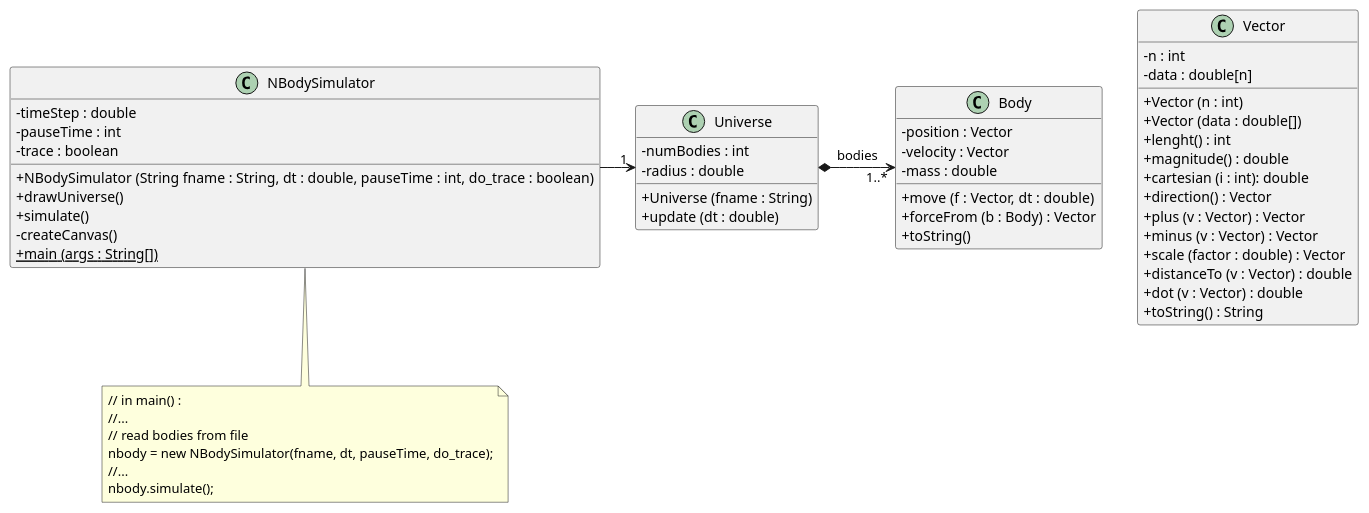
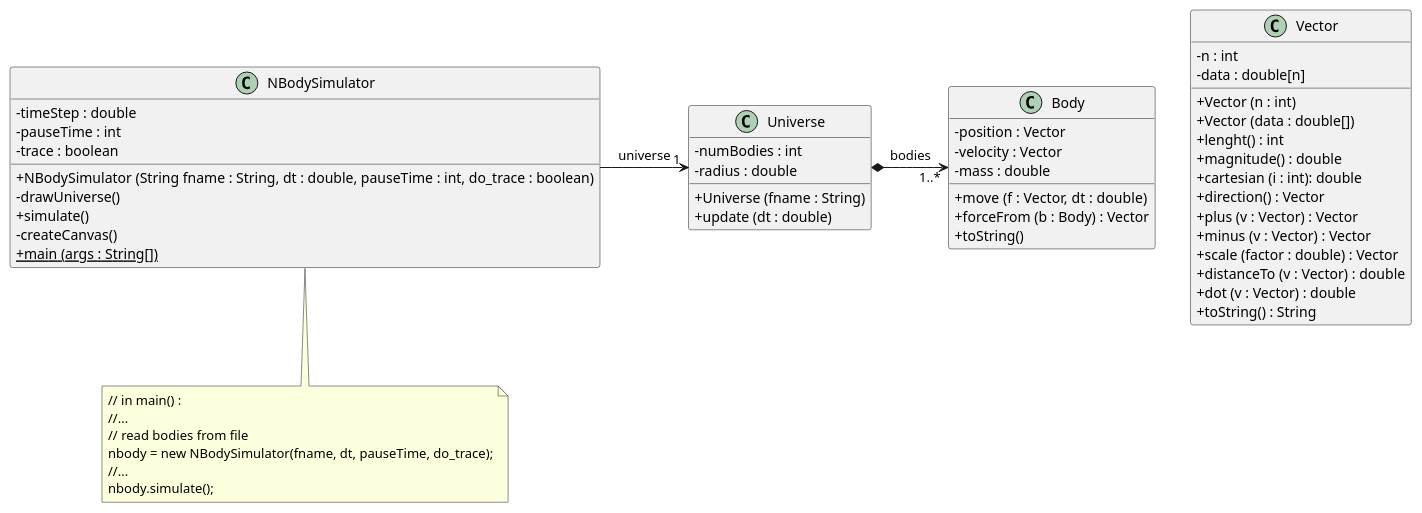
Before and after one commit to mjoancarles/nbodies: the diagram in model.puml, drawn with PlantUML. The commit also changed 7 other files, not shown here.

```diff
--- a/model.puml
+++ b/model.puml
@@ -1,61 +1,61 @@
 @startuml
 
 skinparam classAttributeIconSize 0
 
 class Body {
 - position : Vector
 - velocity : Vector
 - mass : double
 + move (f : Vector, dt : double)
 + forceFrom (b : Body) : Vector
 + toString()
 }
 
 class Universe {
 - numBodies : int
 - radius : double
 + Universe (fname : String)
 + update (dt : double)
 }
 
 class NBodySimulator {
 - timeStep : double
 - pauseTime : int
 - trace : boolean
 
 + NBodySimulator (String fname : String, dt : double, pauseTime : int, do_trace : boolean)
-+ drawUniverse()
+- drawUniverse()
 + simulate()
 - createCanvas()
 + {static} main (args : String[])
 }
 
 class Vector {
 - n : int
 - data : double[n]
 + Vector (n : int)
 + Vector (data : double[])
 + lenght() : int
 + magnitude() : double
 + cartesian (i : int): double
 + direction() : Vector
 + plus (v : Vector) : Vector
 + minus (v : Vector) : Vector
 + scale (factor : double) : Vector
 + distanceTo (v : Vector) : double
 + dot (v : Vector) : double
 + toString() : String
 }
 
 Universe *-> "1..*" Body : bodies
-NBodySimulator -> "1" Universe
+NBodySimulator -> "1" Universe : universe
 
 note bottom of NBodySimulator
 // in main() :
 //...
 // read bodies from file
 nbody = new NBodySimulator(fname, dt, pauseTime, do_trace);
 //...
 nbody.simulate();
 end note
 @enduml
```
